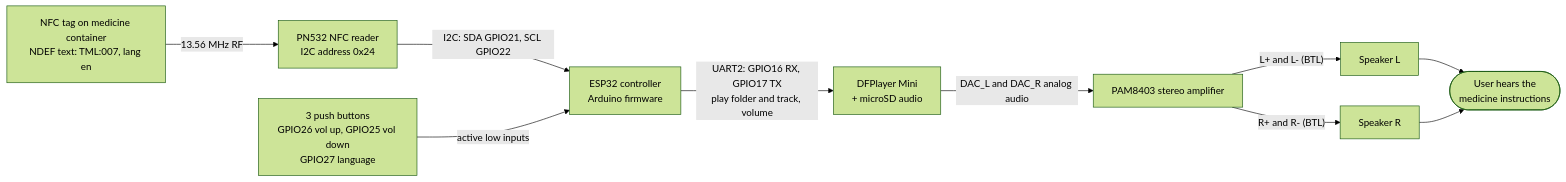
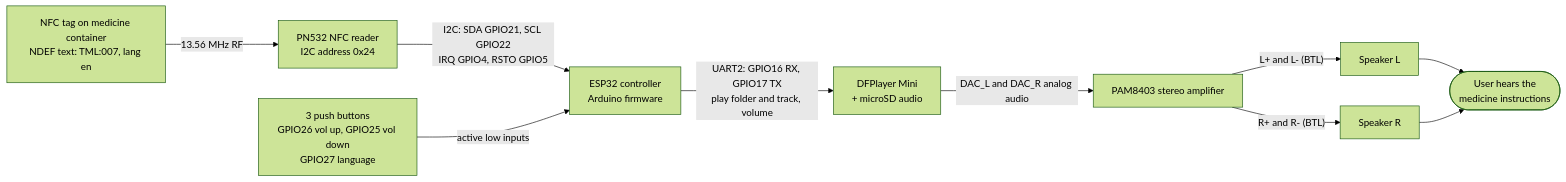
One commit to thrinathpolanki/talking-medicine-label changed the diagram in diagrams/system-architecture.mmd. Above: the diagram before and after it, drawn with Mermaid (forest theme).

Commit message:
Update I2C and GPIO connections in architecture diagram

```diff
--- a/diagrams/system-architecture.mmd
+++ b/diagrams/system-architecture.mmd
@@ -1,19 +1,19 @@
 flowchart LR
   TAG["NFC tag on medicine container<br/>NDEF text: TML:007, lang en"]
   PN["PN532 NFC reader<br/>I2C address 0x24"]
   ESP["ESP32 controller<br/>Arduino firmware"]
   BTN["3 push buttons<br/>GPIO26 vol up, GPIO25 vol down<br/>GPIO27 language"]
   DFP["DFPlayer Mini<br/>+ microSD audio"]
   AMP["PAM8403 stereo amplifier"]
   SPKL["Speaker L"]
   SPKR["Speaker R"]
   USER(["User hears the<br/>medicine instructions"])
   TAG -->|"13.56 MHz RF"| PN
-  PN -->|"I2C: SDA GPIO21, SCL GPIO22"| ESP
+  PN -->|"I2C: SDA GPIO21, SCL GPIO22<br/>IRQ GPIO4, RSTO GPIO5"| ESP
   BTN -->|"active low inputs"| ESP
   ESP -->|"UART2: GPIO16 RX, GPIO17 TX<br/>play folder and track, volume"| DFP
   DFP -->|"DAC_L and DAC_R analog audio"| AMP
   AMP -->|"L+ and L- (BTL)"| SPKL
   AMP -->|"R+ and R- (BTL)"| SPKR
   SPKL --> USER
   SPKR --> USER
```
